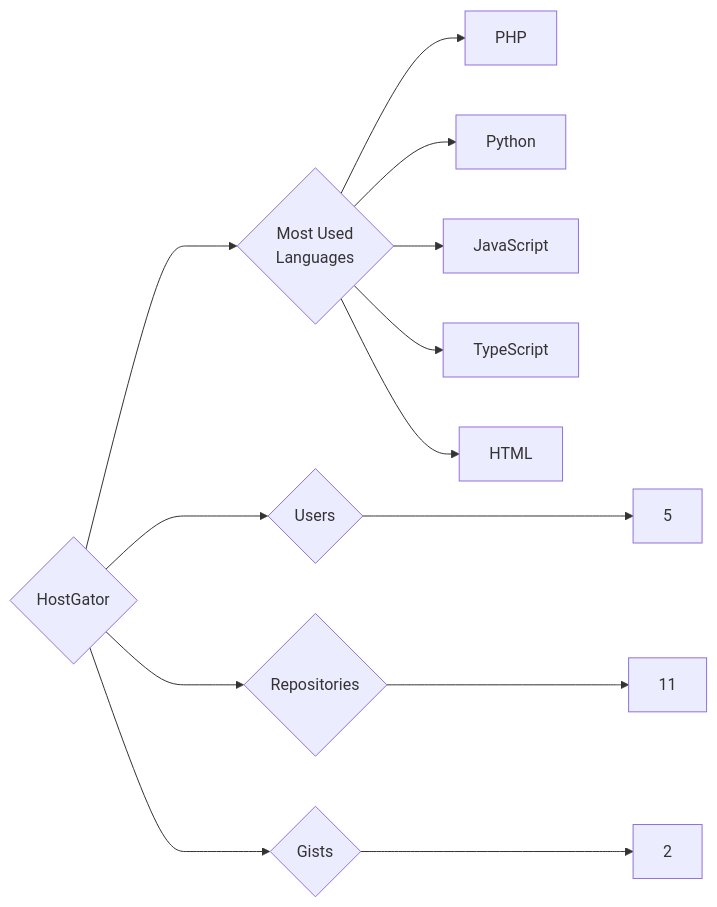
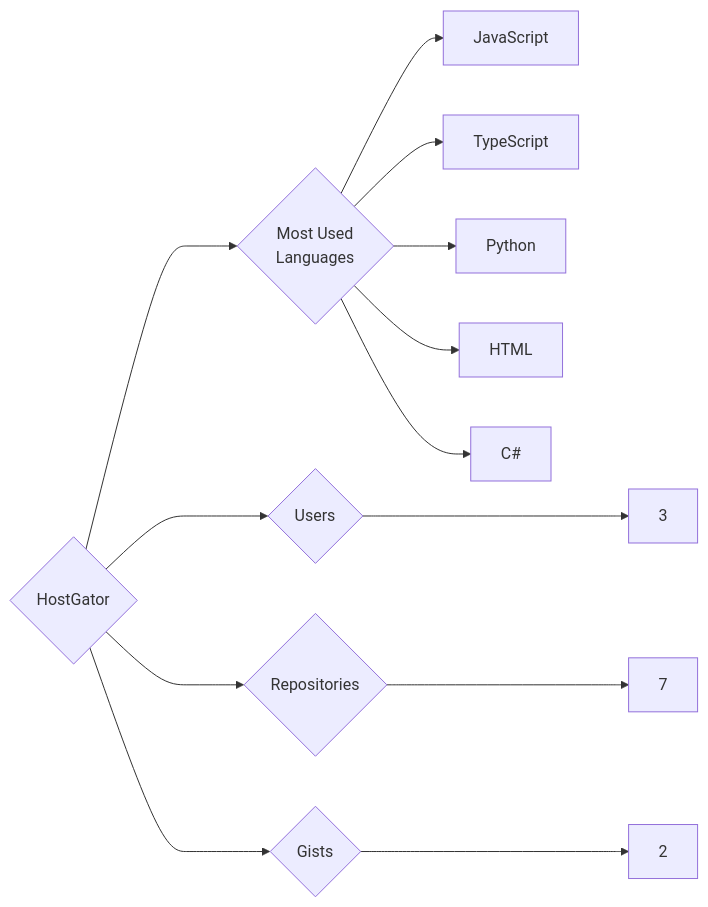
One commit to trickest/insiders changed the diagram in targets/HostGator/README.md. Above: the diagram before and after it, drawn with Mermaid. The commit also changed 985 other files, not shown here.

````diff
--- a/targets/HostGator/README.md
+++ b/targets/HostGator/README.md
@@ -3,13 +3,13 @@
 ```mermaid
 graph LR
 COMPANY_NAME{HostGator}
-COMPANY_NAME ---> U{Users} ---> UN[5]
-COMPANY_NAME ---> R{Repositories} ---> RN[11]
+COMPANY_NAME ---> U{Users} ---> UN[3]
+COMPANY_NAME ---> R{Repositories} ---> RN[7]
 COMPANY_NAME ---> G{Gists} ---> GN[2]
 COMPANY_NAME ---> ML{Most Used<br>Languages}
-ML --> PHP[PHP]
-ML --> Python[Python]
 ML --> JavaScript[JavaScript]
 ML --> TypeScript[TypeScript]
+ML --> Python[Python]
 ML --> HTML[HTML]
+ML --> C#[C#]
 ```
````
